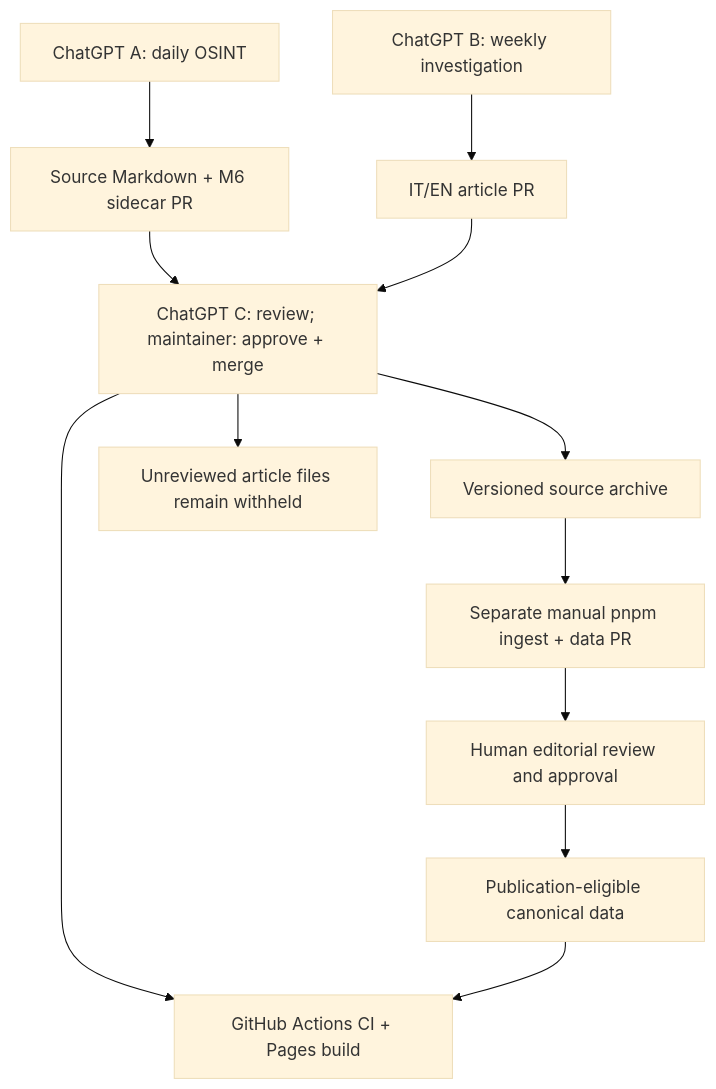
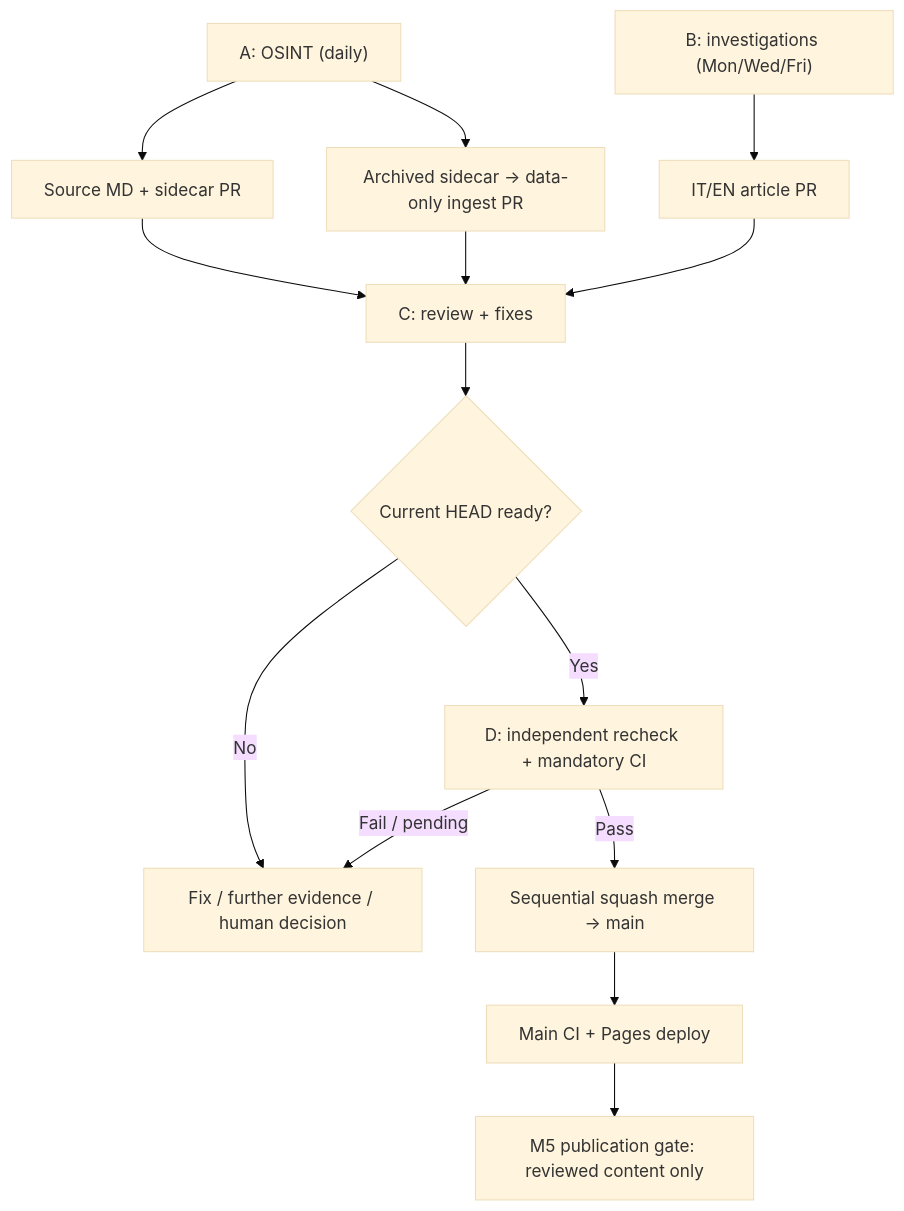
One commit to amattis96/our-enemies-monitor changed the diagram in README.md. Above: the diagram before and after it, drawn with Mermaid (base theme). The commit also changed other lines of this file and 6 other files, not shown here.

```diff
--- a/README.md
+++ b/README.md
@@ -164,14 +182,16 @@
 ~~~mermaid
 flowchart TD
-    A[ChatGPT A: daily OSINT] --> P1[Source Markdown + M6 sidecar PR]
-    B[ChatGPT B: weekly investigation] --> P2[IT/EN article PR]
-    P1 --> C[ChatGPT C: review; maintainer: approve + merge]
-    P2 --> C
-    C --> Archive[Versioned source archive]
-    C --> Drafts[Unreviewed article files remain withheld]
-    Archive --> Ingest[Separate manual pnpm ingest + data PR]
-    Ingest --> Human[Human editorial review and approval]
-    Human --> Canonical[Publication-eligible canonical data]
-    C --> CI[GitHub Actions CI + Pages build]
-    Canonical --> CI
+    A["A: OSINT (daily)"] --> S["Source MD + sidecar PR"]
+    A --> I["Archived sidecar → data-only ingest PR"]
+    B["B: investigations (Mon/Wed/Fri)"] --> R["IT/EN article PR"]
+    S --> C["C: review + fixes"]
+    I --> C
+    R --> C
+    C --> H{"Current HEAD ready?"}
+    H -->|No| Hold["Fix / further evidence / human decision"]
+    H -->|Yes| D["D: independent recheck + mandatory CI"]
+    D -->|Pass| M["Sequential squash merge → main"]
+    D -->|Fail / pending| Hold
+    M --> P["Main CI + Pages deploy"]
+    P --> Gate["M5 publication gate: reviewed content only"]
 ~~~
```
